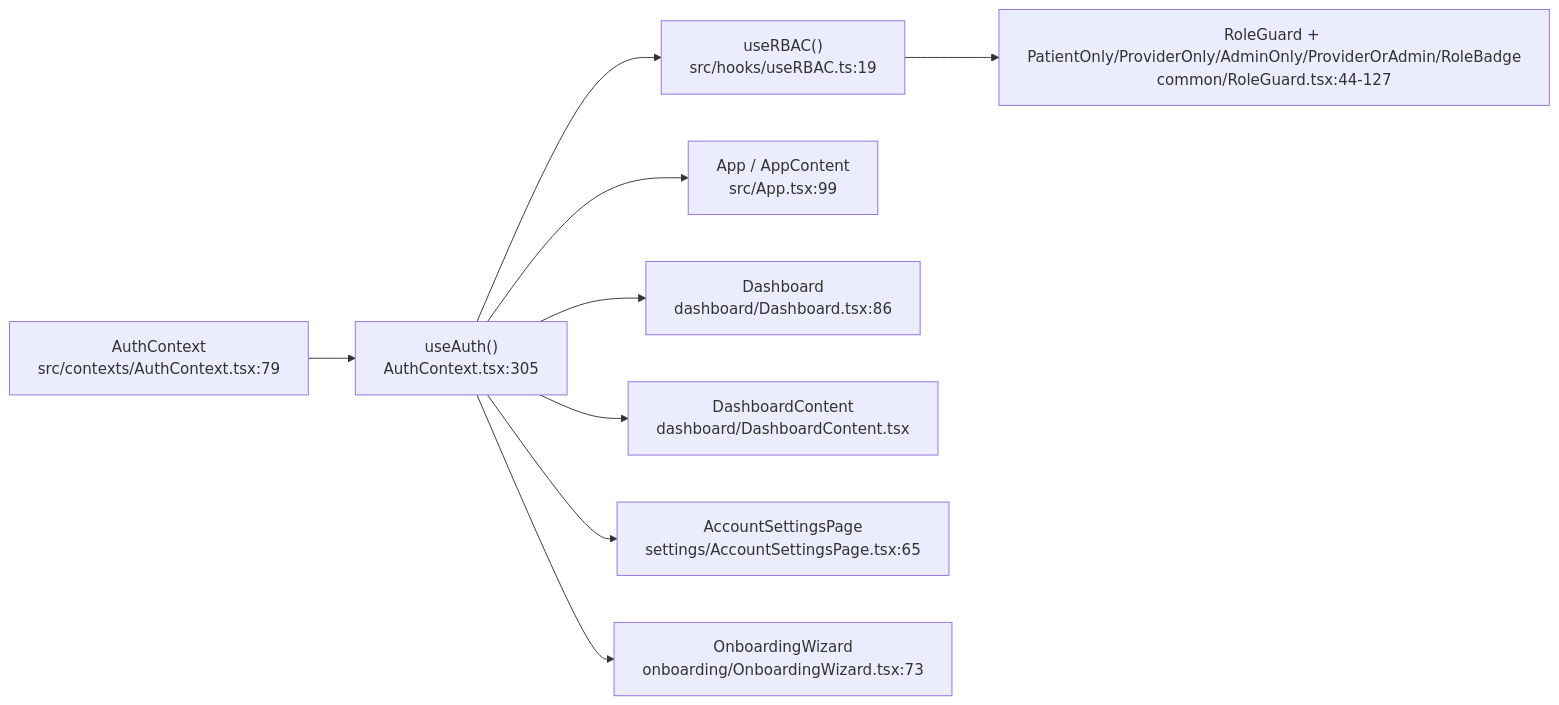
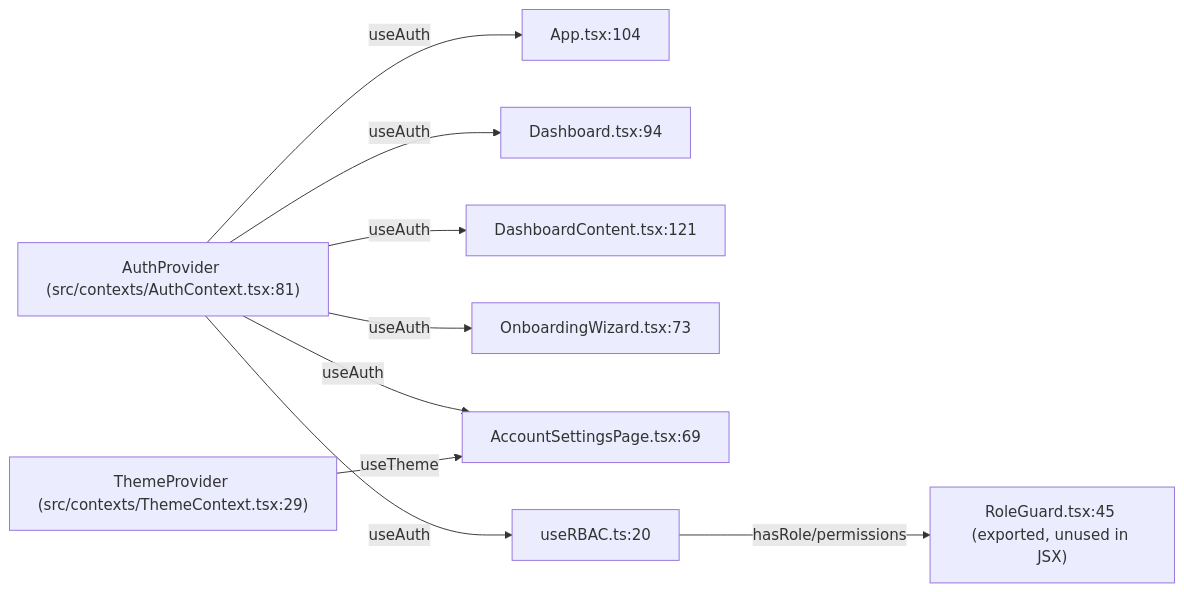
Before and after one commit to breilly1296/OwnMyHealth-Claude: the first of 3 diagrams in New Project Documents/FRONTEND_MAP.md, drawn with Mermaid. The commit also changed other lines of this file and 57 other files, not shown here.

````diff
--- a/New Project Documents/FRONTEND_MAP.md
+++ b/New Project Documents/FRONTEND_MAP.md
@@ -314,15 +329,15 @@
 ```mermaid
 graph LR
-  AuthContext["AuthContext<br/>src/contexts/AuthContext.tsx:79"]
-  useAuth["useAuth()<br/>AuthContext.tsx:305"]
-  useRBAC["useRBAC()<br/>src/hooks/useRBAC.ts:19"]
+  AuthProvider["AuthProvider (src/contexts/AuthContext.tsx:81)"]
+  ThemeProvider["ThemeProvider (src/contexts/ThemeContext.tsx:29)"]
 
-  AuthContext --> useAuth
-  useAuth --> App["App / AppContent<br/>src/App.tsx:99"]
-  useAuth --> Dashboard["Dashboard<br/>dashboard/Dashboard.tsx:86"]
-  useAuth --> DashboardContent["DashboardContent<br/>dashboard/DashboardContent.tsx"]
-  useAuth --> AccountSettings["AccountSettingsPage<br/>settings/AccountSettingsPage.tsx:65"]
-  useAuth --> OnboardingWizard["OnboardingWizard<br/>onboarding/OnboardingWizard.tsx:73"]
-  useAuth --> useRBAC
-  useRBAC --> RoleGuard["RoleGuard + PatientOnly/ProviderOnly/AdminOnly/ProviderOrAdmin/RoleBadge<br/>common/RoleGuard.tsx:44-127"]
+  AuthProvider -->|useAuth| AppContent["App.tsx:104"]
+  AuthProvider -->|useAuth| Dashboard["Dashboard.tsx:94"]
+  AuthProvider -->|useAuth| DashboardContent["DashboardContent.tsx:121"]
+  AuthProvider -->|useAuth| OnboardingWizard["OnboardingWizard.tsx:73"]
+  AuthProvider -->|useAuth| AccountSettings["AccountSettingsPage.tsx:69"]
+  AuthProvider -->|useAuth| useRBAC["useRBAC.ts:20"]
+  useRBAC -->|hasRole/permissions| RoleGuard["RoleGuard.tsx:45 (exported, unused in JSX)"]
+
+  ThemeProvider -->|useTheme| AccountSettings
 ```
````
